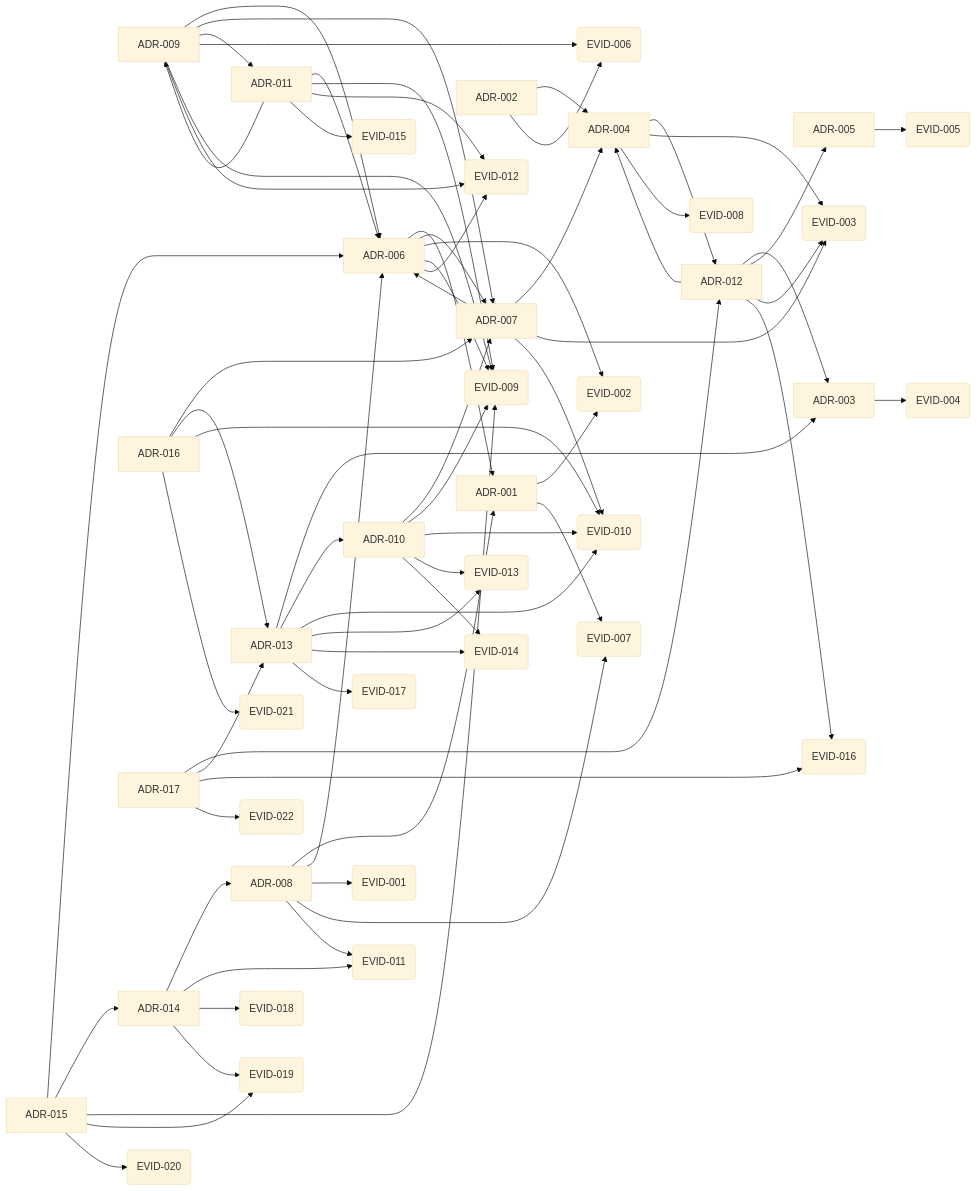
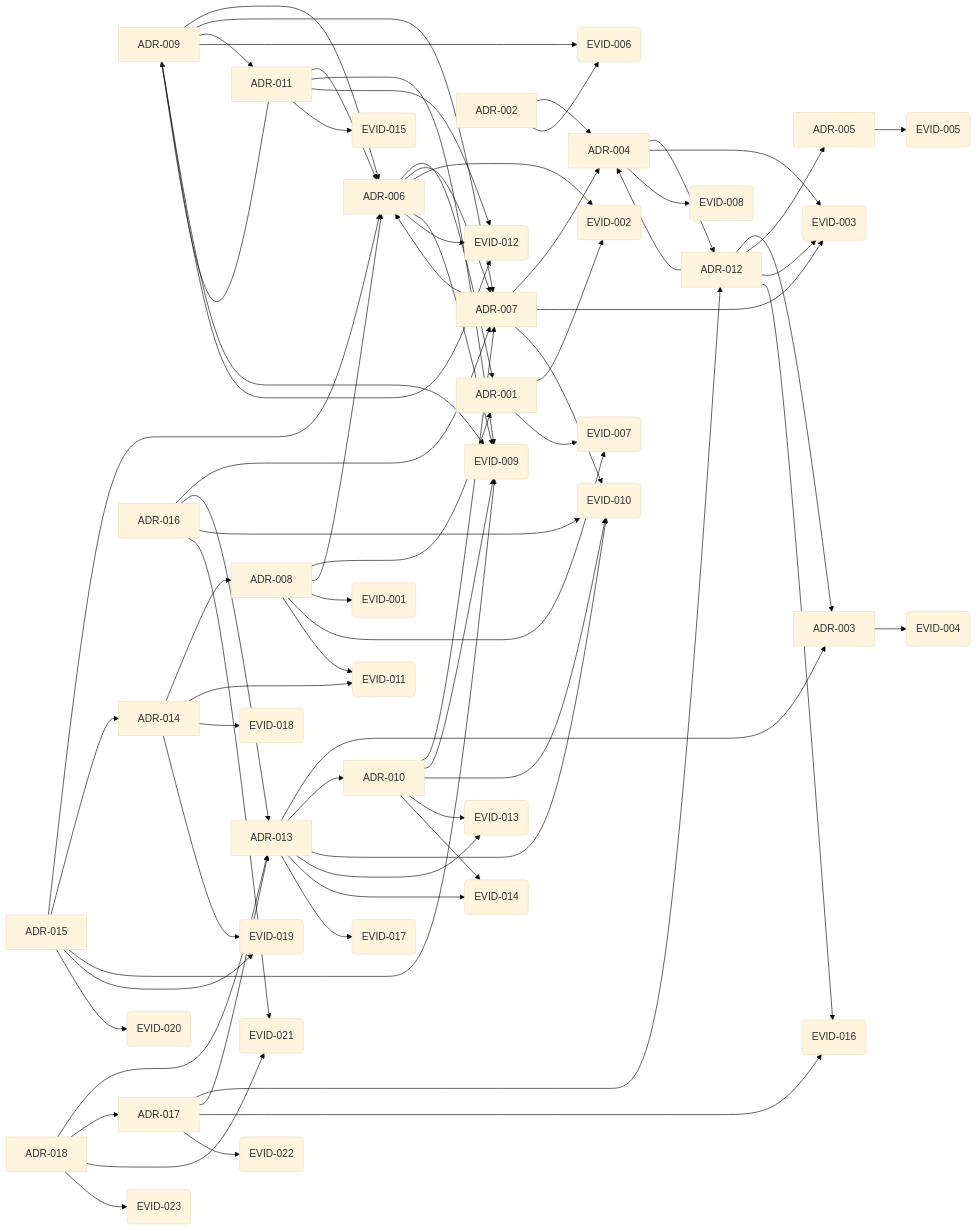
One commit to TeramachiShunsuke/aidd changed the diagram in GRAPH.md. Above: the diagram before and after it, drawn with Mermaid (base theme). The commit also changed other lines of this file and 10 other files, not shown here.

````diff
--- a/GRAPH.md
+++ b/GRAPH.md
@@ -51,6 +51,7 @@
   ADR_015[ADR-015]
   ADR_016[ADR-016]
   ADR_017[ADR-017]
+  ADR_018[ADR-018]
   EVID_001(EVID-001)
   EVID_002(EVID-002)
   EVID_003(EVID-003)
@@ -73,6 +74,7 @@
   EVID_020(EVID-020)
   EVID_021(EVID-021)
   EVID_022(EVID-022)
+  EVID_023(EVID-023)
   ADR_001 --> EVID_002
   ADR_001 --> EVID_007
   ADR_002 --> ADR_004
@@ -140,4 +142,8 @@
   ADR_017 --> ADR_013
   ADR_017 --> EVID_016
   ADR_017 --> EVID_022
+  ADR_018 --> ADR_013
+  ADR_018 --> ADR_017
+  ADR_018 --> EVID_021
+  ADR_018 --> EVID_023
 ```
````
